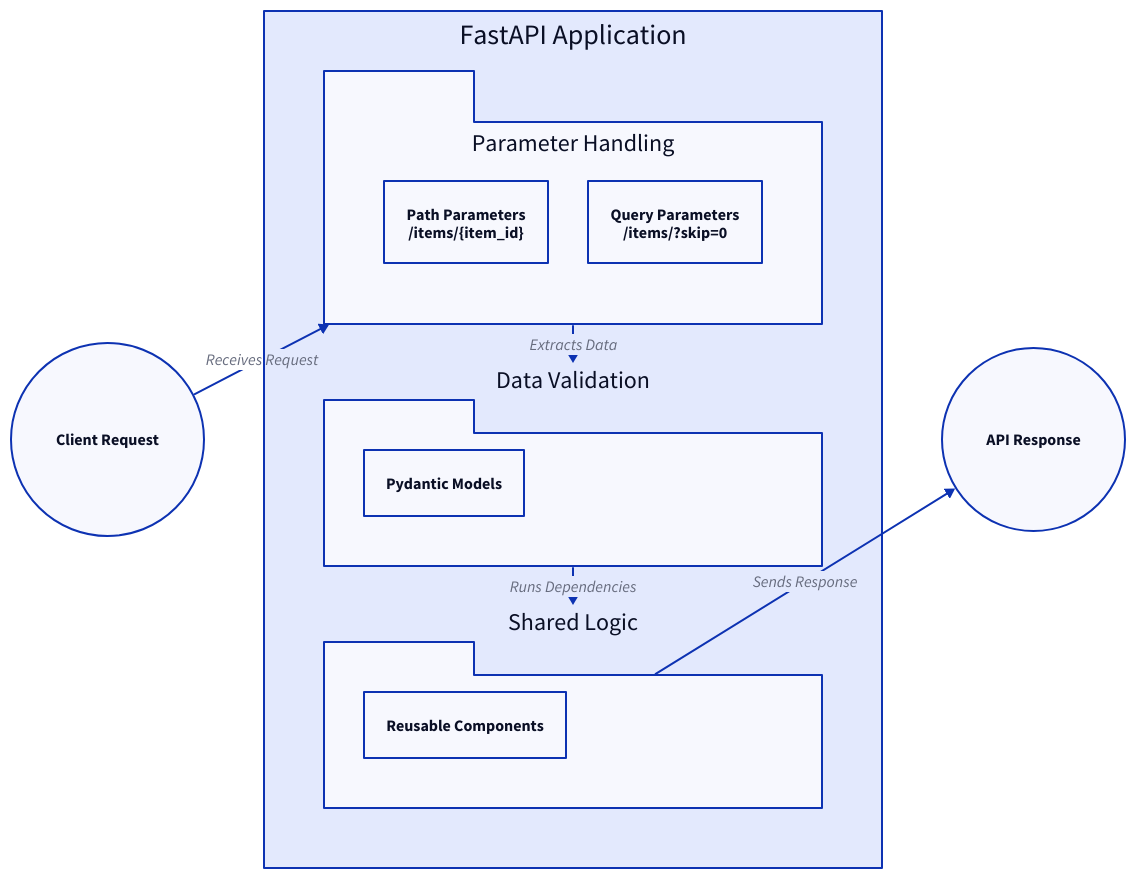
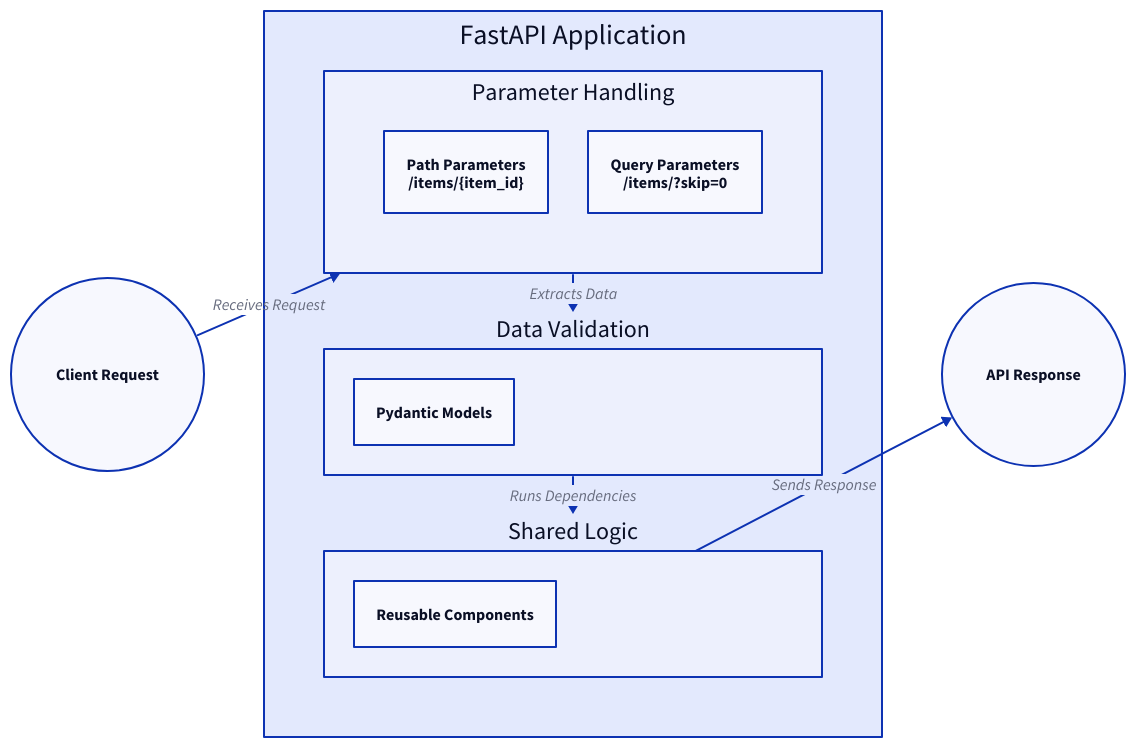
One commit to lban2049/fastapi changed the diagram in .aigne/doc-smith/docs/user-guide.md. Above: the diagram before and after it, drawn with D2. The commit also changed 42 other files, not shown here.

````diff
--- a/.aigne/doc-smith/docs/user-guide.md
+++ b/.aigne/doc-smith/docs/user-guide.md
@@ -9,43 +9,49 @@
 ```d2
 direction: down
 
-"Client Request" {
+Client-Request: {
+  label: "Client Request"
   shape: circle
 }
 
-"FastAPI Application" {
+FastAPI-Application: {
+  label: "FastAPI Application"
   shape: rectangle
   grid-columns: 1
 
-  "Parameter Handling" {
-    shape: package
+  Parameter-Handling: {
+    label: "Parameter Handling"
+    shape: rectangle
     grid-columns: 2
 
-    "Path Parameters": {
+    Path-Parameters: {
       label: "Path Parameters\n/items/{item_id}"
     }
-    "Query Parameters": {
+    Query-Parameters: {
       label: "Query Parameters\n/items/?skip=0"
     }
   }
 
-  "Data Validation" {
-    shape: package
-    "Request Body": "Pydantic Models"
+  Data-Validation: {
+    label: "Data Validation"
+    shape: rectangle
+    Request-Body: "Pydantic Models"
   }
 
-  "Shared Logic" {
-    shape: package
-    "Dependency Injection": "Reusable Components"
+  Shared-Logic: {
+    label: "Shared Logic"
+    shape: rectangle
+    Dependency-Injection: "Reusable Components"
   }
 }
 
-"API Response" {
+API-Response: {
+  label: "API Response"
   shape: circle
 }
 
-"Client Request" -> "FastAPI Application"."Parameter Handling": "Receives Request"
-"FastAPI Application"."Parameter Handling" -> "FastAPI Application"."Data Validation": "Extracts Data"
-"FastAPI Application"."Data Validation" -> "FastAPI Application"."Shared Logic": "Runs Dependencies"
-"FastAPI Application"."Shared Logic" -> "API Response": "Sends Response"
+Client-Request -> FastAPI-Application.Parameter-Handling: "Receives Request"
+FastAPI-Application.Parameter-Handling -> FastAPI-Application.Data-Validation: "Extracts Data"
+FastAPI-Application.Data-Validation -> FastAPI-Application.Shared-Logic: "Runs Dependencies"
+FastAPI-Application.Shared-Logic -> API-Response: "Sends Response"
 ```
````
